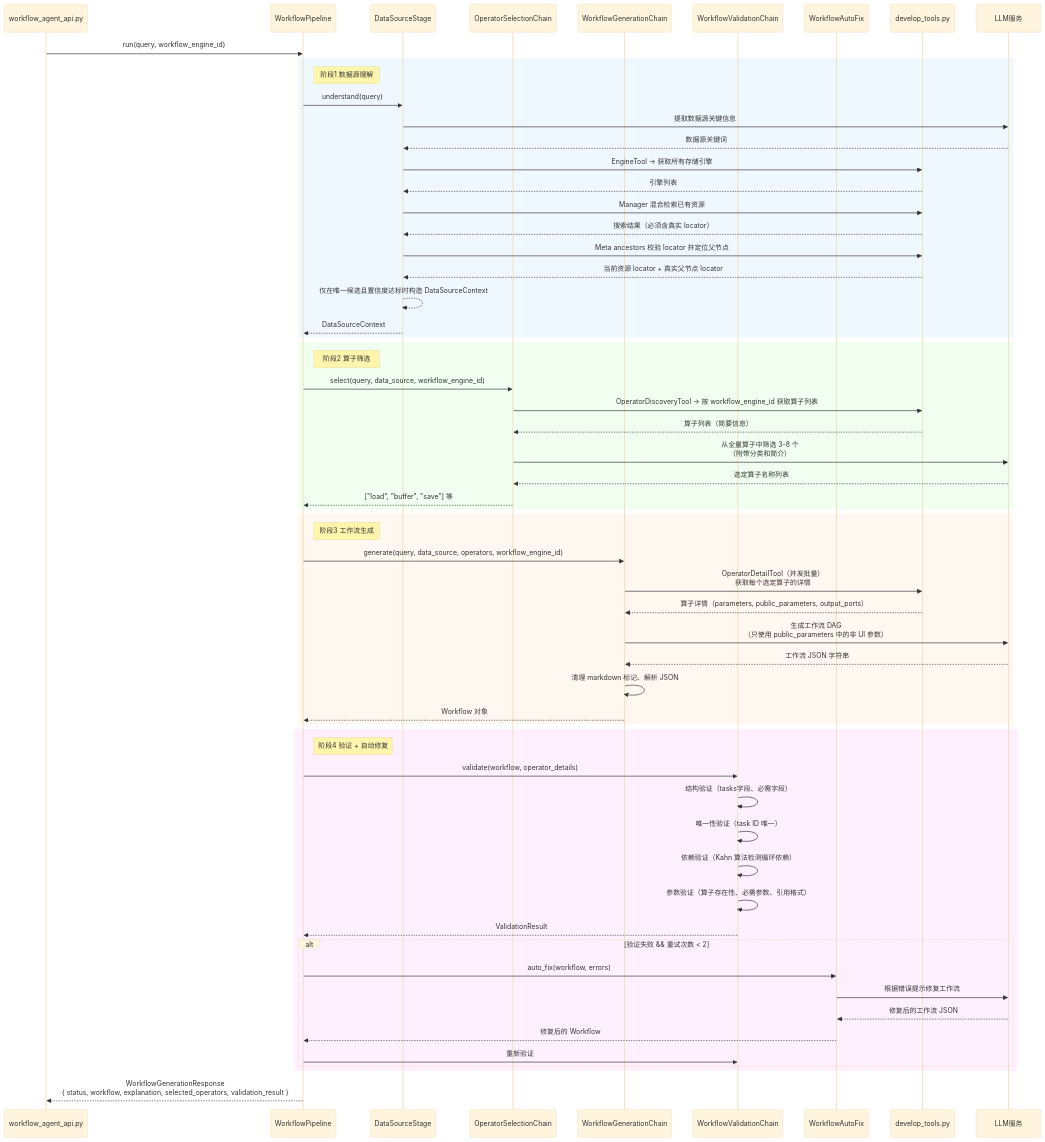
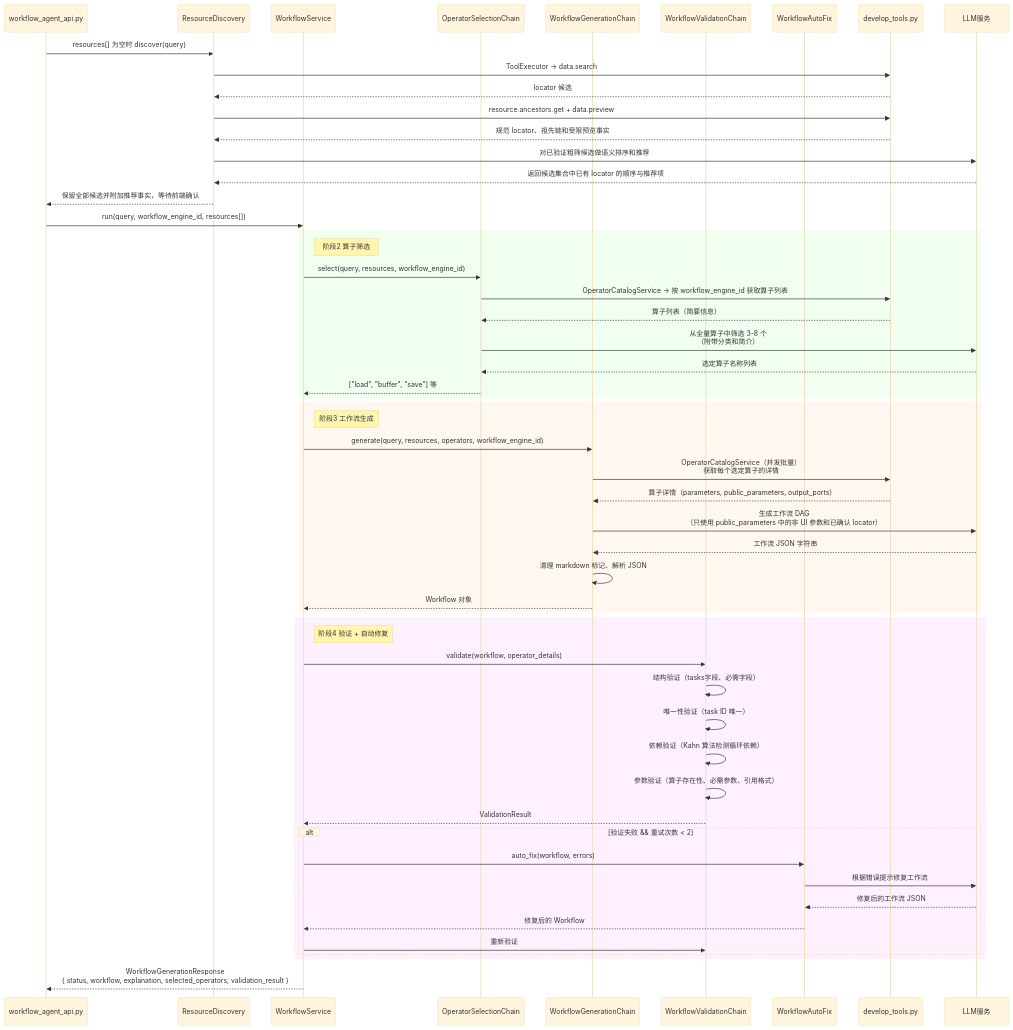
One commit to pampa0629/addp changed the third of 3 diagrams in copilot/docs/copilot-develop-调用关系说明.md. Above: the diagram before and after it, drawn with Mermaid (base theme). The commit also changed other lines of this file and 665 other files, not shown here.

````diff
--- a/copilot/docs/copilot-develop-调用关系说明.md
+++ b/copilot/docs/copilot-develop-调用关系说明.md
@@ -113,70 +157,63 @@
 ```mermaid
 sequenceDiagram
     participant API as workflow_agent_api.py
-    participant Pipeline as WorkflowPipeline
-    participant DS as DataSourceStage
+    participant Discovery as ResourceDiscovery
+    participant WorkflowService
     participant Sel as OperatorSelectionChain
     participant Gen as WorkflowGenerationChain
     participant Val as WorkflowValidationChain
     participant Fix as WorkflowAutoFix
     participant DevTools as develop_tools.py
     participant LLM as LLM服务
 
-    API->>Pipeline: run(query, workflow_engine_id)
-
-    rect rgb(240,248,255)
-        note right of Pipeline: 阶段1 数据源理解
-        Pipeline->>DS: understand(query)
-        DS->>LLM: 提取数据源关键信息
-        LLM-->>DS: 数据源关键词
-        DS->>DevTools: EngineTool → 获取所有存储引擎
-        DevTools-->>DS: 引擎列表
-        DS->>DevTools: Manager 混合检索已有资源
-        DevTools-->>DS: 搜索结果（必须含真实 locator）
-        DS->>DevTools: Meta ancestors 校验 locator 并定位父节点
-        DevTools-->>DS: 当前资源 locator + 真实父节点 locator
-        DS-->>DS: 仅在唯一候选且置信度达标时构造 DataSourceContext
-        DS-->>Pipeline: DataSourceContext
-    end
+    API->>Discovery: resources[] 为空时 discover(query)
+    Discovery->>DevTools: ToolExecutor → data.search
+    DevTools-->>Discovery: locator 候选
+    Discovery->>DevTools: resource.ancestors.get + data.preview
+    DevTools-->>Discovery: 规范 locator、祖先链和受限预览事实
+    Discovery->>LLM: 对已验证粗筛候选做语义排序和推荐
+    LLM-->>Discovery: 返回候选集合中已有 locator 的顺序与推荐项
+    Discovery-->>API: 保留全部候选并附加推荐事实，等待前端确认
+    API->>WorkflowService: run(query, workflow_engine_id, resources[])
 
     rect rgb(240,255,240)
-        note right of Pipeline: 阶段2 算子筛选
-        Pipeline->>Sel: select(query, data_source, workflow_engine_id)
-        Sel->>DevTools: OperatorDiscoveryTool → 按 workflow_engine_id 获取算子列表
+        note right of WorkflowService: 阶段2 算子筛选
+        WorkflowService->>Sel: select(query, resources, workflow_engine_id)
+        Sel->>DevTools: OperatorCatalogService → 按 workflow_engine_id 获取算子列表
         DevTools-->>Sel: 算子列表（简要信息）
         Sel->>LLM: 从全量算子中筛选 3-8 个<br/>（附带分类和简介）
         LLM-->>Sel: 选定算子名称列表
-        Sel-->>Pipeline: ["load", "buffer", "save"] 等
+        Sel-->>WorkflowService: ["load", "buffer", "save"] 等
     end
 
     rect rgb(255,248,240)
-        note right of Pipeline: 阶段3 工作流生成
-        Pipeline->>Gen: generate(query, data_source, operators, workflow_engine_id)
-        Gen->>DevTools: OperatorDetailTool（并发批量）<br/>获取每个选定算子的详情
+        note right of WorkflowService: 阶段3 工作流生成
+        WorkflowService->>Gen: generate(query, resources, operators, workflow_engine_id)
+        Gen->>DevTools: OperatorCatalogService（并发批量）<br/>获取每个选定算子的详情
         DevTools-->>Gen: 算子详情（parameters, public_parameters, output_ports）
-        Gen->>LLM: 生成工作流 DAG<br/>（只使用 public_parameters 中的非 UI 参数）
+        Gen->>LLM: 生成工作流 DAG<br/>（只使用 public_parameters 中的非 UI 参数和已确认 locator）
         LLM-->>Gen: 工作流 JSON 字符串
         Gen->>Gen: 清理 markdown 标记、解析 JSON
-        Gen-->>Pipeline: Workflow 对象
+        Gen-->>WorkflowService: Workflow 对象
     end
 
     rect rgb(255,240,255)
-        note right of Pipeline: 阶段4 验证 + 自动修复
-        Pipeline->>Val: validate(workflow, operator_details)
+        note right of WorkflowService: 阶段4 验证 + 自动修复
+        WorkflowService->>Val: validate(workflow, operator_details)
         Val->>Val: 结构验证（tasks字段、必需字段）
         Val->>Val: 唯一性验证（task ID 唯一）
         Val->>Val: 依赖验证（Kahn 算法检测循环依赖）
         Val->>Val: 参数验证（算子存在性、必需参数、引用格式）
-        Val-->>Pipeline: ValidationResult
+        Val-->>WorkflowService: ValidationResult
 
         alt 验证失败 && 重试次数 < 2
-            Pipeline->>Fix: auto_fix(workflow, errors)
+            WorkflowService->>Fix: auto_fix(workflow, errors)
             Fix->>LLM: 根据错误提示修复工作流
             LLM-->>Fix: 修复后的工作流 JSON
-            Fix-->>Pipeline: 修复后的 Workflow
-            Pipeline->>Val: 重新验证
+            Fix-->>WorkflowService: 修复后的 Workflow
+            WorkflowService->>Val: 重新验证
         end
     end
 
-    Pipeline-->>API: WorkflowGenerationResponse<br/>{ status, workflow, explanation, selected_operators, validation_result }
+    WorkflowService-->>API: WorkflowGenerationResponse<br/>{ status, workflow, explanation, selected_operators, validation_result }
 ```
````
